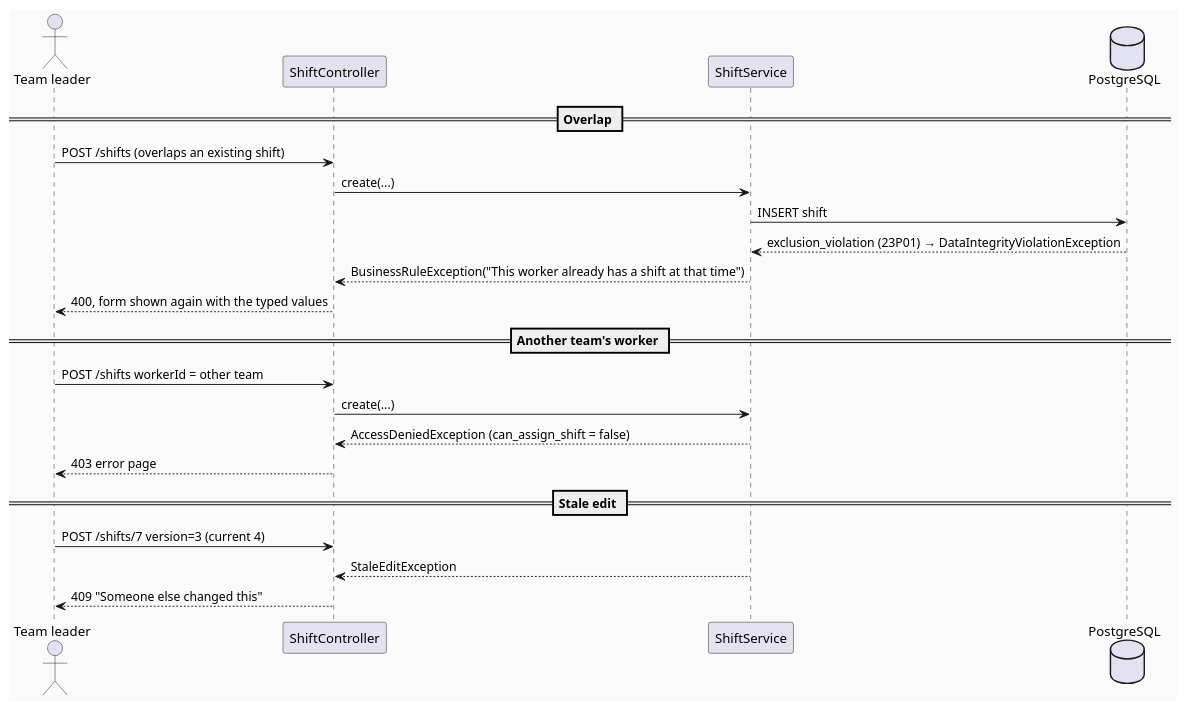
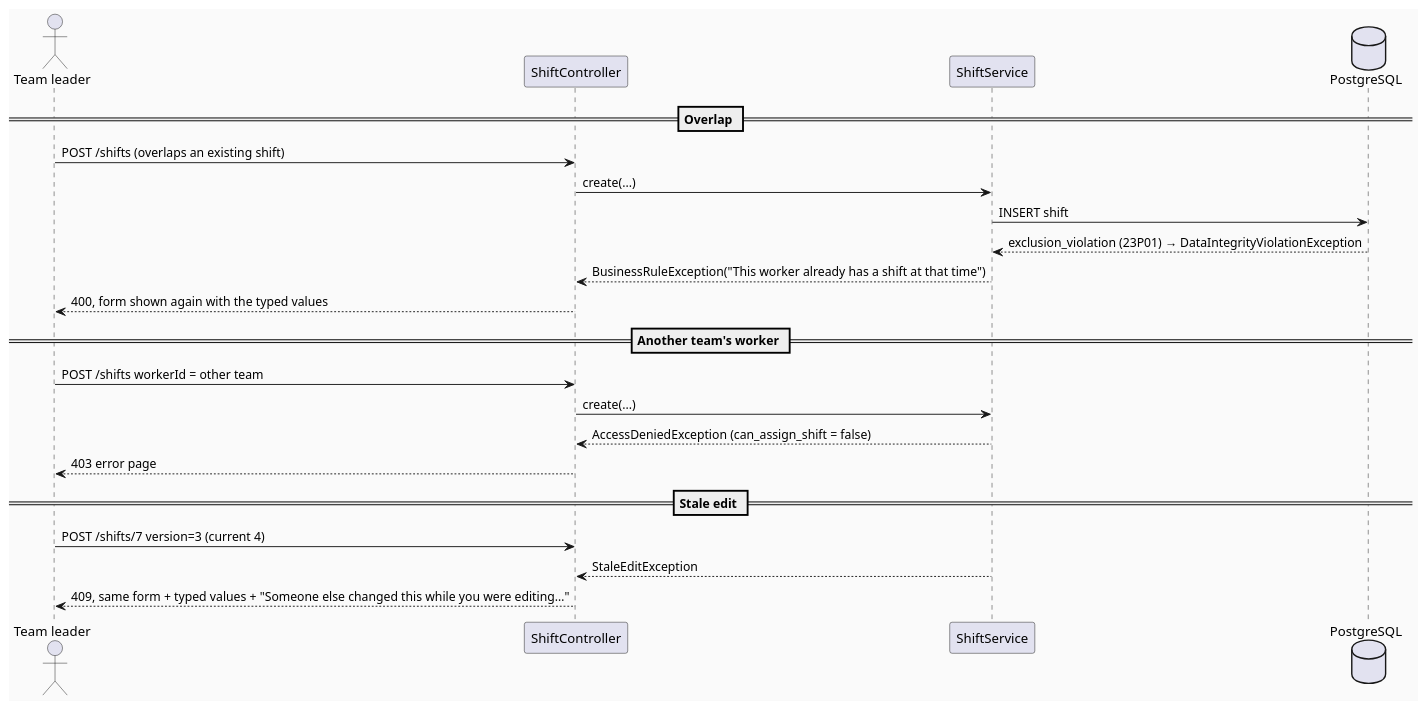
Before and after one commit to OwOchiii/steelsight_erp: the third of 4 diagrams in 03_implement/STEELSIGHT-SCH-IMP-001_TDS.md, drawn with PlantUML. The commit also changed other lines of this file and 50 other files, not shown here.

````diff
--- a/03_implement/STEELSIGHT-SCH-IMP-001_TDS.md
+++ b/03_implement/STEELSIGHT-SCH-IMP-001_TDS.md
@@ -297,28 +298,28 @@
 ```plantuml
 @startuml SCH_SequenceDiagram_ErrorPath
 skinparam backgroundColor #FAFAFA
 actor "Team leader" as C
 participant "ShiftController" as Ctl
 participant "ShiftService" as S
 database "PostgreSQL" as DB
 
 == Overlap ==
 C -> Ctl : POST /shifts (overlaps an existing shift)
 Ctl -> S : create(...)
 S -> DB : INSERT shift
 DB --> S : exclusion_violation (23P01) → DataIntegrityViolationException
 S --> Ctl : BusinessRuleException("This worker already has a shift at that time")
 Ctl --> C : 400, form shown again with the typed values
 
 == Another team's worker ==
 C -> Ctl : POST /shifts workerId = other team
 Ctl -> S : create(...)
 S --> Ctl : AccessDeniedException (can_assign_shift = false)
 Ctl --> C : 403 error page
 
 == Stale edit ==
 C -> Ctl : POST /shifts/7 version=3 (current 4)
 S --> Ctl : StaleEditException
-Ctl --> C : 409 "Someone else changed this"
+Ctl --> C : 409, same form + typed values + "Someone else changed this while you were editing…"
 @enduml
 ```
````
